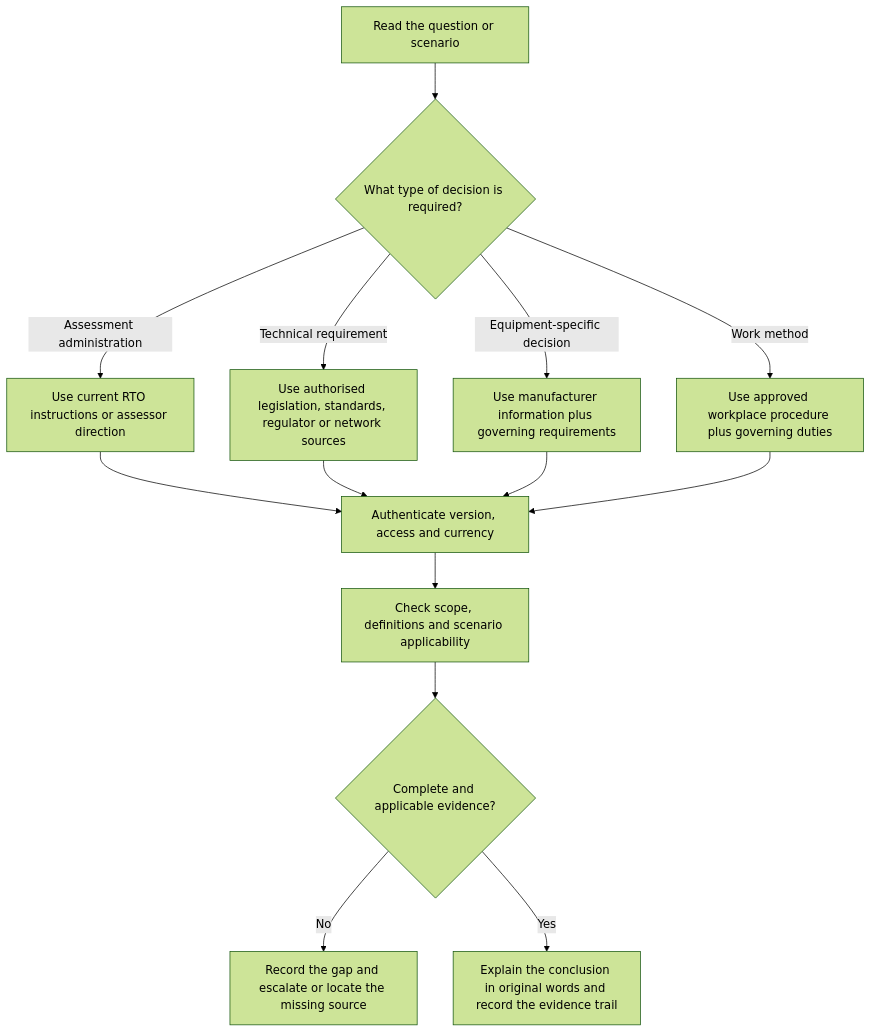
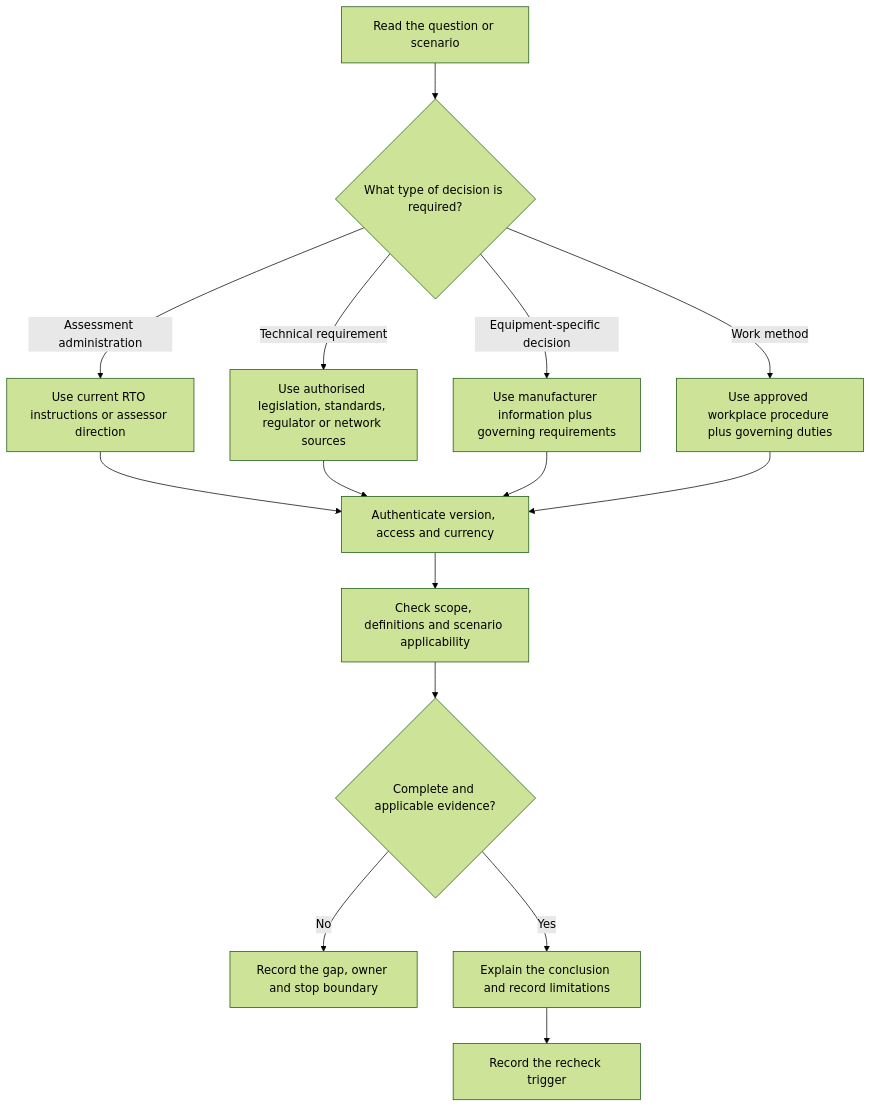
Before and after one commit to andrew3stedall/capstone: the first of 3 diagrams in docs/learning-plans/12-week/modules/day-01-program-orientation-baseline-diagnostic-and-authorised-source-map.md, drawn with Mermaid (forest theme). The commit also changed other lines of this file and 2 other files, not shown here.

Commit message:
Quality pass Day 1 baseline and source map

````diff
--- a/docs/learning-plans/12-week/modules/day-01-program-orientation-baseline-diagnostic-and-authorised-source-map.md
+++ b/docs/learning-plans/12-week/modules/day-01-program-orientation-baseline-diagnostic-and-authorised-source-map.md
@@ -156,16 +176,17 @@
 ```mermaid
 flowchart TD
     A["Read the question or scenario"] --> B{"What type of decision is required?"}
     B -->|"Assessment administration"| C["Use current RTO instructions or assessor direction"]
     B -->|"Technical requirement"| D["Use authorised legislation, standards, regulator or network sources"]
     B -->|"Equipment-specific decision"| E["Use manufacturer information plus governing requirements"]
     B -->|"Work method"| F["Use approved workplace procedure plus governing duties"]
     C --> G["Authenticate version, access and currency"]
     D --> G
     E --> G
     F --> G
     G --> H["Check scope, definitions and scenario applicability"]
     H --> I{"Complete and applicable evidence?"}
-    I -->|"No"| J["Record the gap and escalate or locate the missing source"]
-    I -->|"Yes"| K["Explain the conclusion in original words and record the evidence trail"]
+    I -->|"No"| J["Record the gap, owner and stop boundary"]
+    I -->|"Yes"| K["Explain the conclusion and record limitations"]
+    K --> L["Record the recheck trigger"]
 ```
````
